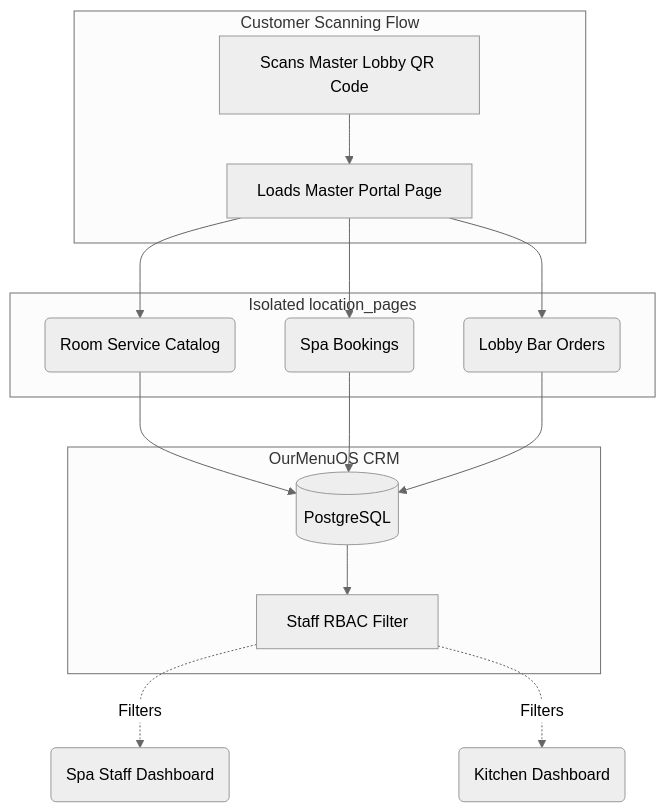
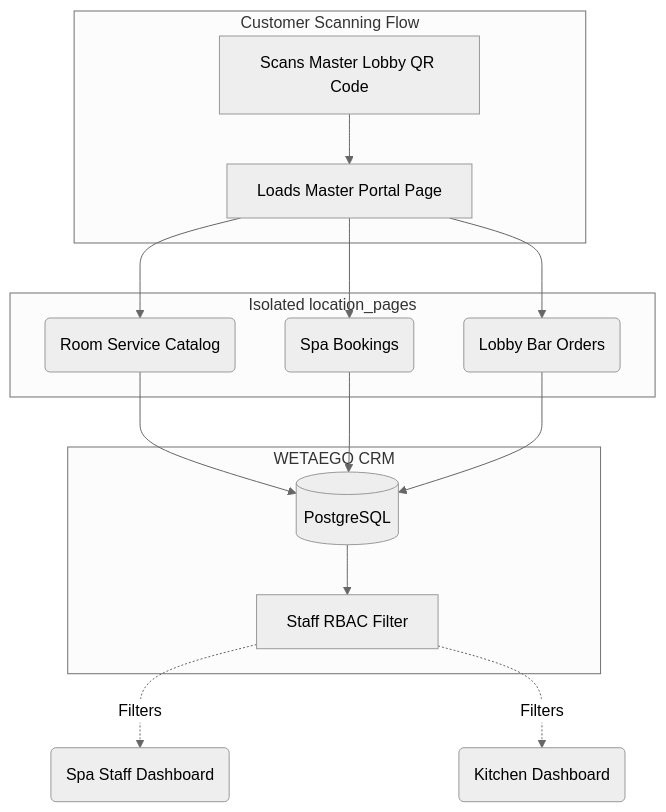
One commit to Kryptopacy/wetaego changed the diagram in docs/use-cases/portal-mode.md. Above: the diagram before and after it, drawn with Mermaid (neutral theme). The commit also changed 29 other files, not shown here.

````diff
--- a/docs/use-cases/portal-mode.md
+++ b/docs/use-cases/portal-mode.md
@@ -9,31 +9,31 @@
 ```mermaid
 graph TD
     subgraph Client [Customer Scanning Flow]
         ScanQR[Scans Master Lobby QR Code]
         PortalPage[Loads Master Portal Page]
     end
 
     subgraph SubBusinesses [Isolated location_pages]
         RoomService(Room Service Catalog)
         Spa(Spa Bookings)
         LobbyBar(Lobby Bar Orders)
     end
 
-    subgraph Core [OurMenuOS CRM]
+    subgraph Core [WETAEGO CRM]
         DB[(PostgreSQL)]
         RBAC[Staff RBAC Filter]
     end
 
     ScanQR --> PortalPage
     PortalPage --> RoomService
     PortalPage --> Spa
     PortalPage --> LobbyBar
     
     RoomService --> DB
     Spa --> DB
     LobbyBar --> DB
     
     DB --> RBAC
     RBAC -.-> |Filters| SpaStaff(Spa Staff Dashboard)
     RBAC -.-> |Filters| KitchenStaff(Kitchen Dashboard)
 ```
````
